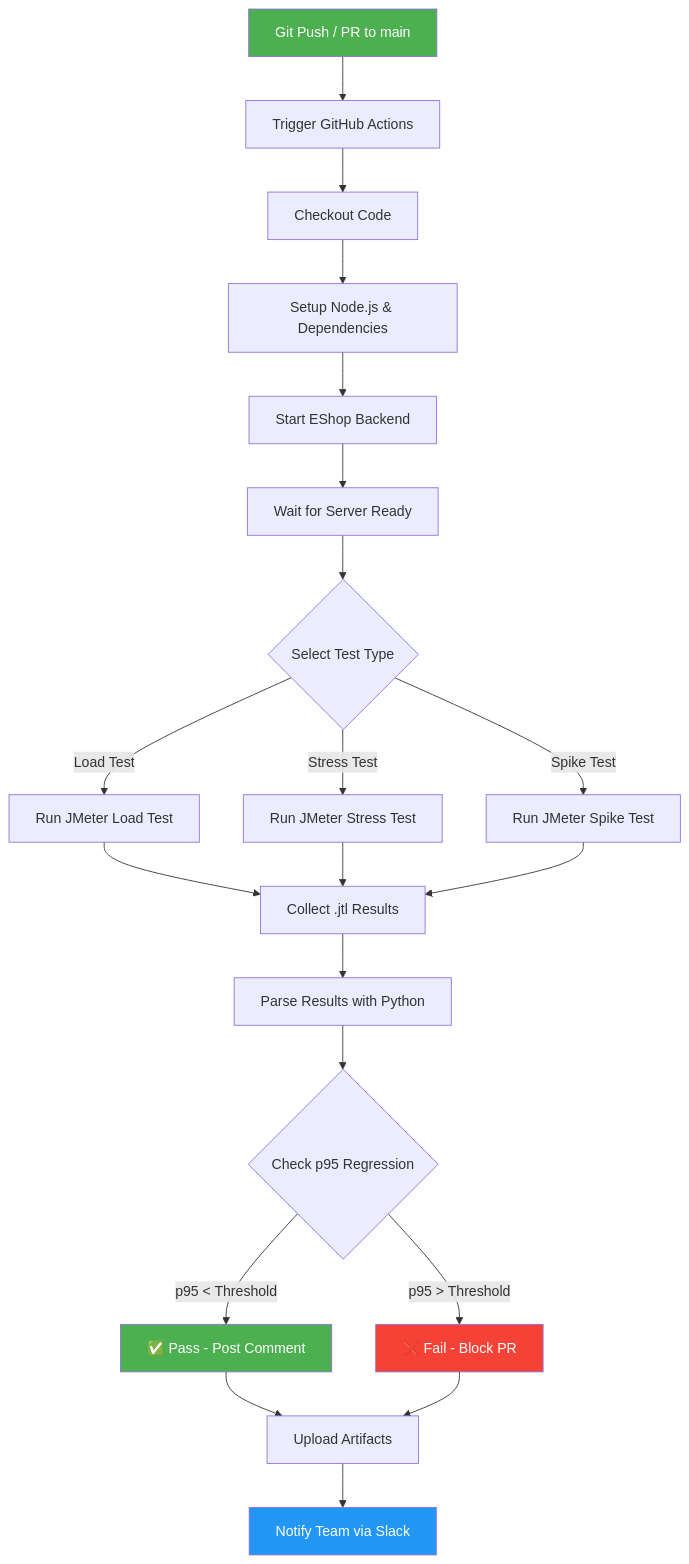
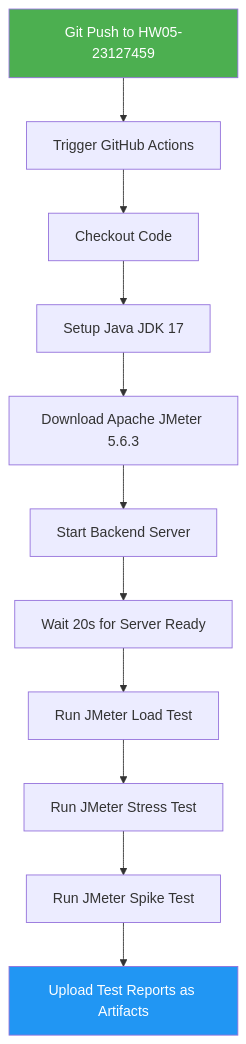
The diagram in submission/HW05-PerformanceTesting/23127459_BaoCao_PerformanceTesting.md (iamDicun/Group06_HW2_Testing), drawn with Mermaid before and after one commit. The commit also changed other lines of this file, not shown here.

First line of the commit message:
cap-nhat(HW05): viet lai bao cao theo git log va ai_audit moi

````diff
--- a/submission/HW05-PerformanceTesting/23127459_BaoCao_PerformanceTesting.md
+++ b/submission/HW05-PerformanceTesting/23127459_BaoCao_PerformanceTesting.md
@@ -478,33 +511,16 @@
 ```mermaid
 flowchart TD
-    A[Git Push / PR to main] --> B[Trigger GitHub Actions]
+    A[Git Push to HW05-23127459] --> B[Trigger GitHub Actions]
     B --> C[Checkout Code]
-    C --> D[Setup Node.js & Dependencies]
-    D --> E[Start EShop Backend]
-    E --> F[Wait for Server Ready]
-    F --> G{Select Test Type}
-    
-    G -->|Load Test| H[Run JMeter Load Test]
-    G -->|Stress Test| I[Run JMeter Stress Test]
-    G -->|Spike Test| J[Run JMeter Spike Test]
-    
-    H --> K[Collect .jtl Results]
-    I --> K
-    J --> K
-    
-    K --> L[Parse Results with Python]
-    L --> M{Check p95 Regression}
-    
-    M -->|p95 < Threshold| N[✅ Pass - Post Comment]
-    M -->|p95 > Threshold| O[❌ Fail - Block PR]
-    
-    N --> P[Upload Artifacts]
-    O --> P
-    
-    P --> Q[Notify Team via Slack]
+    C --> D[Setup Java JDK 17]
+    D --> E[Download Apache JMeter 5.6.3]
+    E --> F[Start Backend Server]
+    F --> G[Wait 20s for Server Ready]
+    G --> H[Run JMeter Load Test]
+    H --> I[Run JMeter Stress Test]
+    I --> J[Run JMeter Spike Test]
+    J --> K[Upload Test Reports as Artifacts]
     
     style A fill:#4CAF50,color:white
-    style N fill:#4CAF50,color:white
-    style O fill:#f44336,color:white
-    style Q fill:#2196F3,color:white
+    style K fill:#2196F3,color:white
 ```
````
